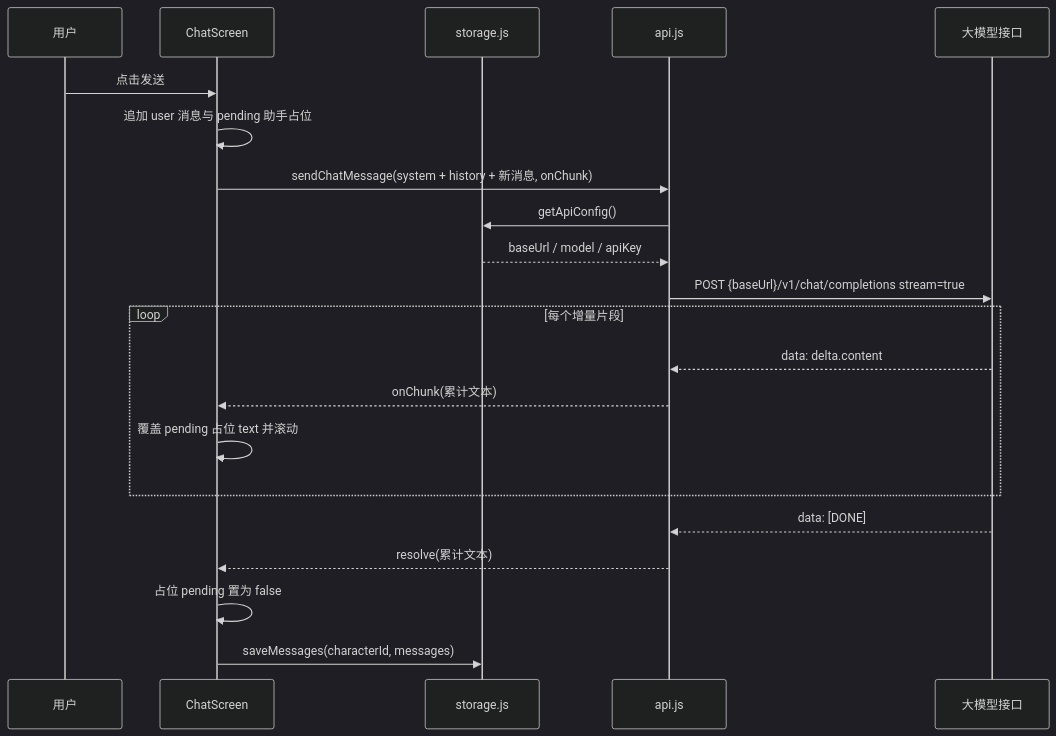
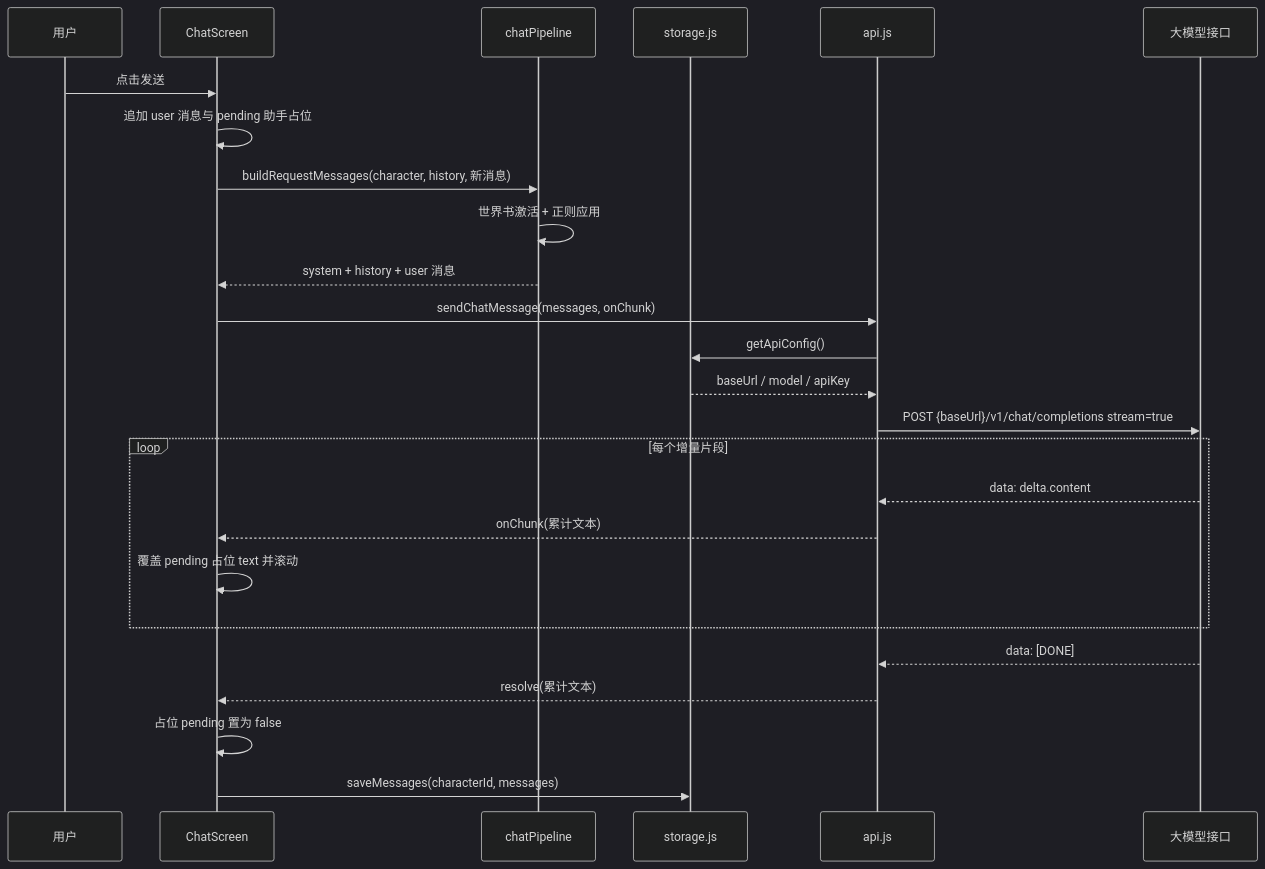
Before and after one commit to pppxxxy/easychat2: the second of 3 diagrams in .monkeycode/docs/ARCHITECTURE.md, drawn with Mermaid (dark theme). The commit also changed other lines of this file and 16 other files, not shown here.

````diff
--- a/.monkeycode/docs/ARCHITECTURE.md
+++ b/.monkeycode/docs/ARCHITECTURE.md
@@ -169,24 +191,28 @@
 ```mermaid
 sequenceDiagram
     participant U as 用户
     participant C as ChatScreen
+    participant P as chatPipeline
     participant S as storage.js
     participant A as api.js
     participant L as 大模型接口
 
     U->>C: 点击发送
     C->>C: 追加 user 消息与 pending 助手占位
-    C->>A: sendChatMessage(system + history + 新消息, onChunk)
+    C->>P: buildRequestMessages(character, history, 新消息)
+    P->>P: 世界书激活 + 正则应用
+    P-->>C: system + history + user 消息
+    C->>A: sendChatMessage(messages, onChunk)
     A->>S: getApiConfig()
     S-->>A: baseUrl / model / apiKey
     A->>L: POST {baseUrl}/v1/chat/completions stream=true
     loop 每个增量片段
         L-->>A: data: delta.content
         A-->>C: onChunk(累计文本)
         C->>C: 覆盖 pending 占位 text 并滚动
     end
     L-->>A: data: [DONE]
     A-->>C: resolve(累计文本)
     C->>C: 占位 pending 置为 false
     C->>S: saveMessages(characterId, messages)
 ```
````
